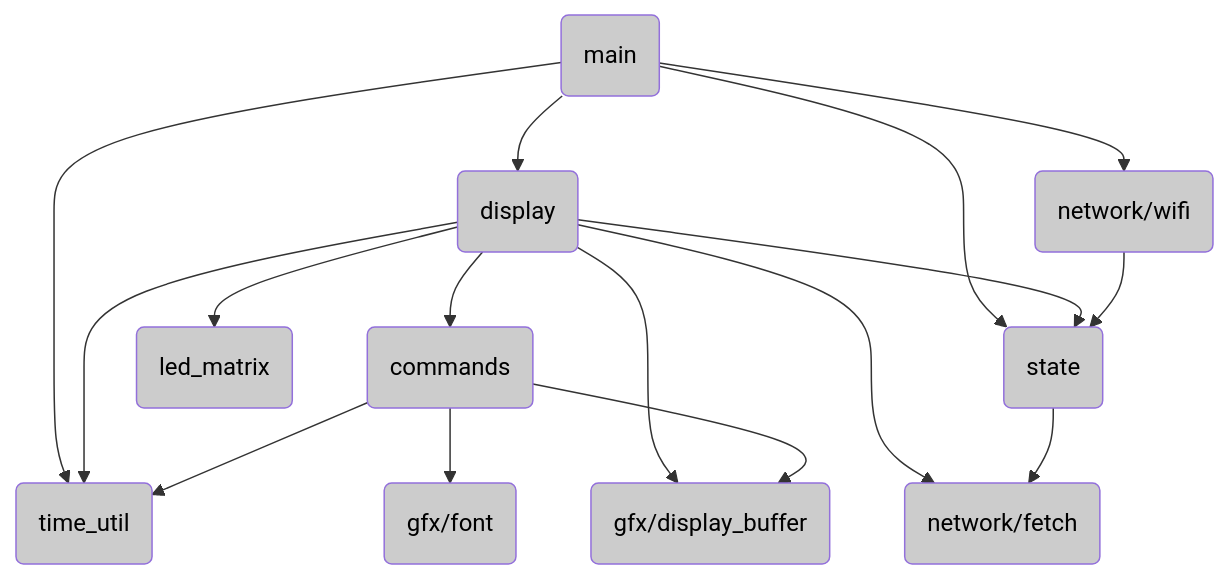
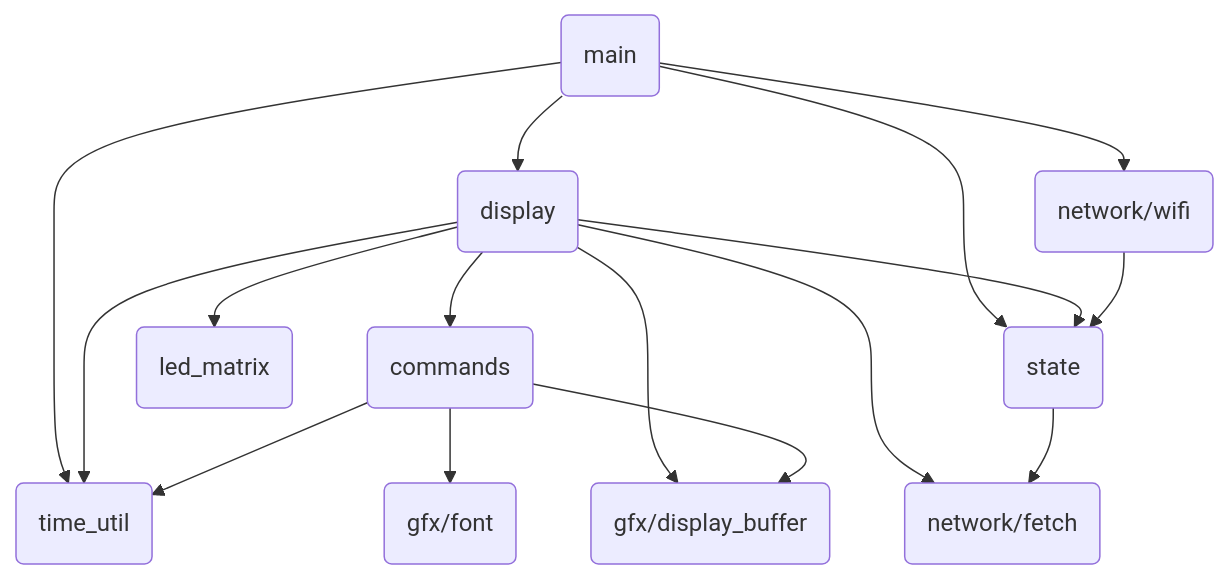
The first of 2 diagrams in src/articles/illumindex.md (zbauman3/zanebauman.com), drawn with Mermaid before and after one commit. The commit also changed other lines of this file and 5 other files, not shown here.

Commit message:
work on graphs

````diff
--- a/src/articles/illumindex.md
+++ b/src/articles/illumindex.md
@@ -56,45 +56,33 @@
 ```mermaid
 flowchart TD
   main(main)
   display(display)
   wifi(network/wifi)
   fetch(network/fetch)
   font(gfx/font)
   display_buffer(gfx/display_buffer)
   commands(commands)
   state(state)
   led_matrix(led_matrix)
   time_util(time_util)
 
   main --> time_util
   main --> display
   main --> wifi
   main --> state
 
   display --> time_util
   display --> commands
   display --> led_matrix
   display --> state
   display --> display_buffer
   display --> fetch
 
   wifi --> state
 
   commands --> time_util
   commands --> font
   commands --> display_buffer
 
   state --> fetch
-
-  classDef customBlock fill:#CCCCCC,color:black
-  class main customBlock;
-  class display customBlock;
-  class wifi customBlock;
-  class fetch customBlock;
-  class font customBlock;
-  class display_buffer customBlock;
-  class commands customBlock;
-  class state customBlock;
-  class led_matrix customBlock;
-  class time_util customBlock;
 ```
````
